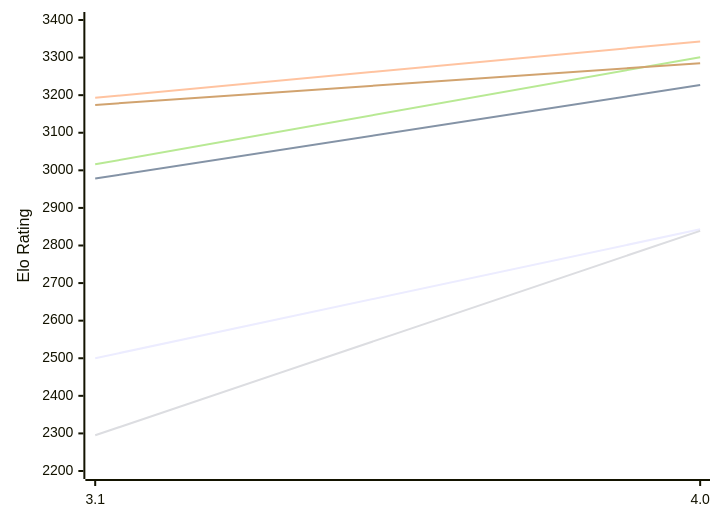
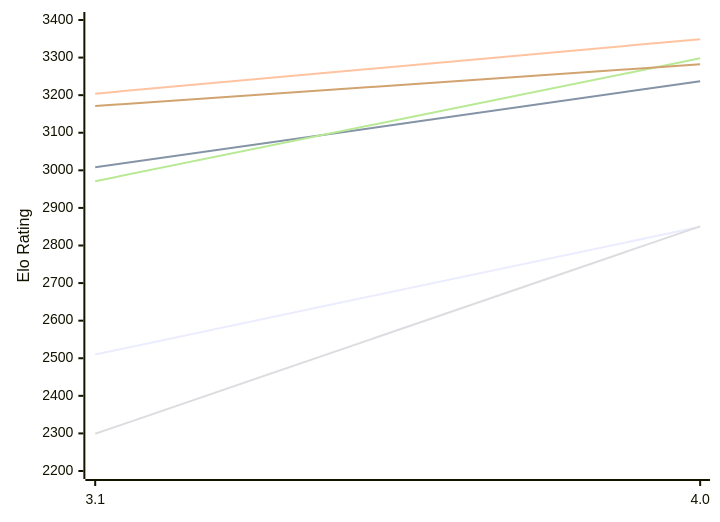
The first of 2 diagrams in engines/Sykora.md (computer-chess-index/cci), drawn with Mermaid before and after one commit. The commit also changed other lines of this file, not shown here.

Commit message:
Update CCI Ratings (ELO VLTC) - 2026-11-16

````diff
--- a/engines/Sykora.md
+++ b/engines/Sykora.md
@@ -53,12 +53,12 @@
 ```mermaid
 %%{init: {"theme":"base","themeVariables":{"seriesColors:['#a3a3a3','#222221','#faa371']}}}%%
 xychart-beta
   x-axis ["3.1", "4.0"]
   y-axis "Elo Rating" 2200 --> 3400
-  line "E1: STC (8.0+0.08s)" [2500, 2843]
-  line "E1: LTC (60.0+0.60s)" [2978, 3227]
-  line "E1: VLTC (2m24s+1.12s)" [3193, 3343]
-  line "P1: STC (8.0+0.08s)" [2295, 2839]
-  line "P1: LTC (60.0+0.60s)" [3016, 3301]
-  line "P1: VLTC (2m24s+1.12s)" [3174, 3285]
+  line "E1: STC (8.0+0.08s)" [2510, 2850]
+  line "E1: LTC (60.0+0.60s)" [3008, 3237]
+  line "E1: VLTC (2m24s+1.12s)" [3204, 3349]
+  line "P1: STC (8.0+0.08s)" [2299, 2851]
+  line "P1: LTC (60.0+0.60s)" [2971, 3298]
+  line "P1: VLTC (2m24s+1.12s)" [3171, 3282]
 ```
````
